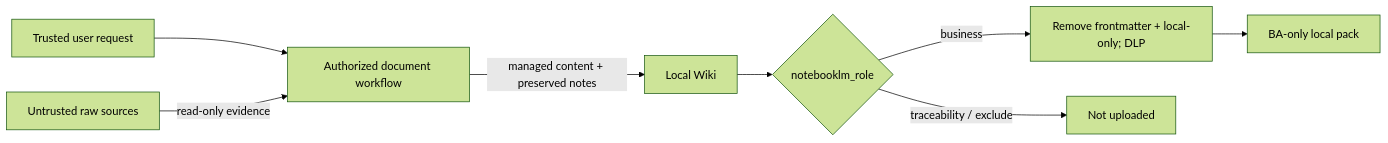
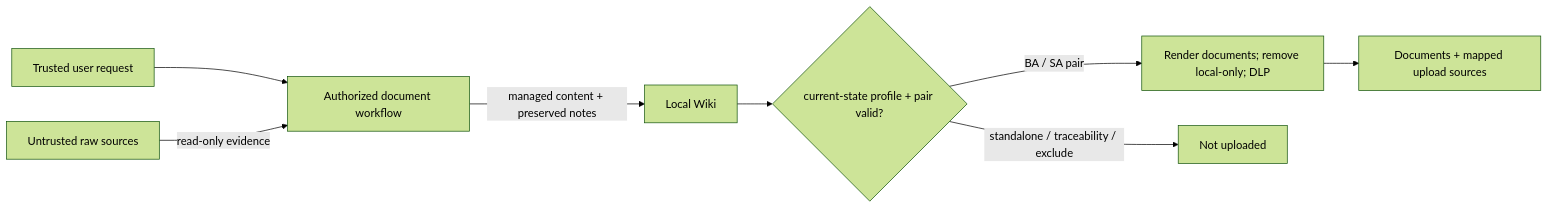
Before and after one commit to dennis8499/code-base-llm-wiki: the fifth of 5 diagrams in wiki/synthesis/system-design.md, drawn with Mermaid (forest theme). The commit also changed other lines of this file and 85 other files, not shown here.

````diff
--- a/wiki/synthesis/system-design.md
+++ b/wiki/synthesis/system-design.md
@@ -238,10 +238,10 @@
 ```mermaid
 flowchart LR
     User[Trusted user request] --> Workflow[Authorized document workflow]
     Raw[Untrusted raw sources] -->|read-only evidence| Workflow
     Workflow -->|managed content + preserved notes| Wiki[Local Wiki]
-    Wiki --> Role{notebooklm_role}
-    Role -->|business| Strip[Remove frontmatter + local-only; DLP]
-    Role -->|traceability / exclude| Stop[Not uploaded]
-    Strip --> Pack[BA-only local pack]
+    Wiki --> Profile{current-state profile + pair valid?}
+    Profile -->|BA / SA pair| Strip[Render documents; remove local-only; DLP]
+    Profile -->|standalone / traceability / exclude| Stop[Not uploaded]
+    Strip --> Pack[Documents + mapped upload sources]
 ```
````
